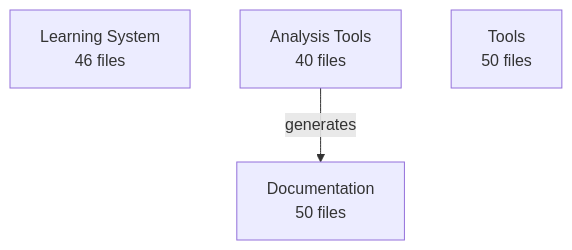
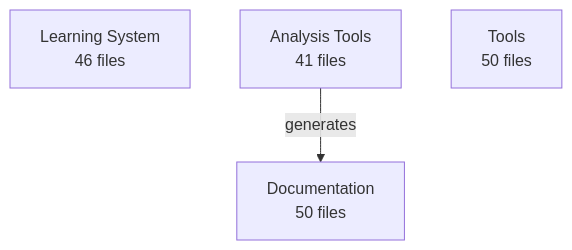
One commit to enufacas/Chained changed the diagram in docs/data/architecture/architecture.mmd. Above: the diagram before and after it, drawn with Mermaid. The commit also changed 6 other files, not shown here.

First line of the commit message:
🏗️ Update architecture evolution tracking

```diff
--- a/docs/data/architecture/architecture.mmd
+++ b/docs/data/architecture/architecture.mmd
@@ -1,6 +1,6 @@
 graph TD
     learning_system[Learning System<br/>46 files]
-    analysis_tools[Analysis Tools<br/>40 files]
+    analysis_tools[Analysis Tools<br/>41 files]
     documentation[Documentation<br/>50 files]
     tools[Tools<br/>50 files]
     analysis_tools -->|generates| documentation
```
